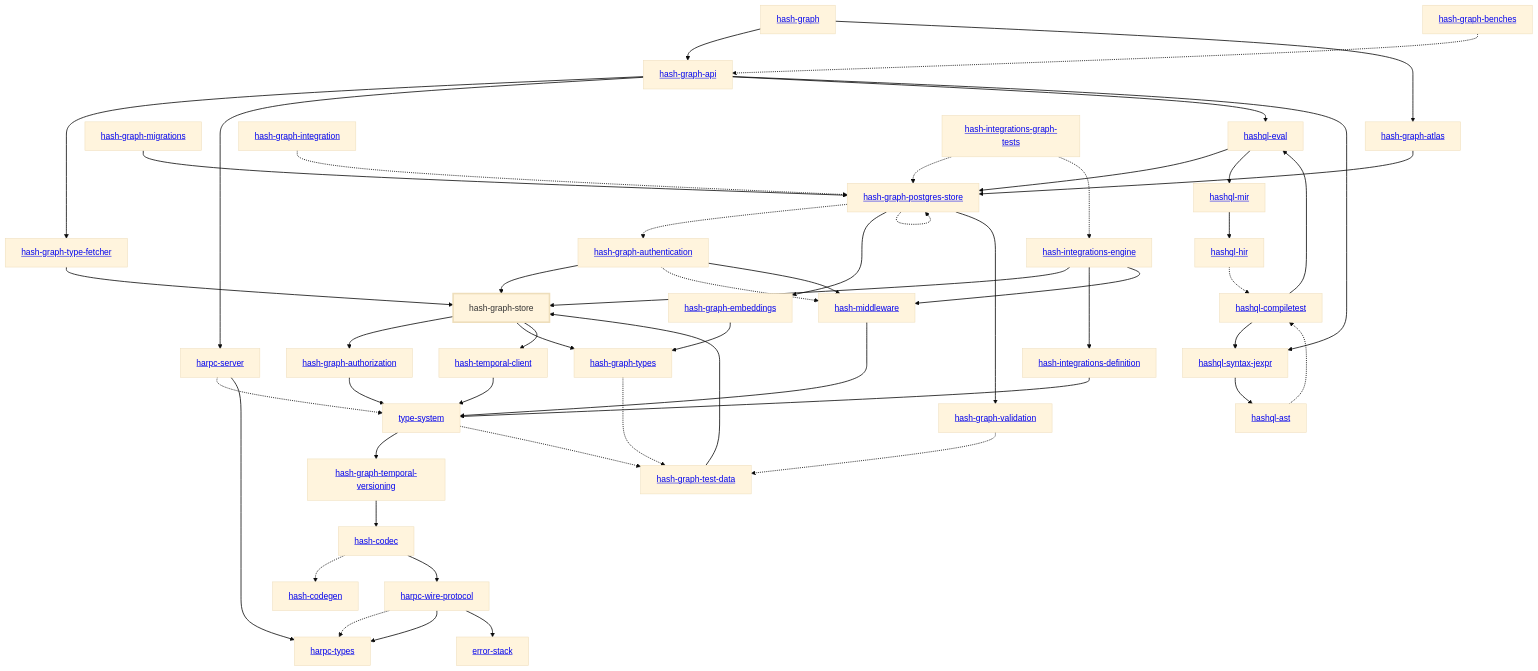
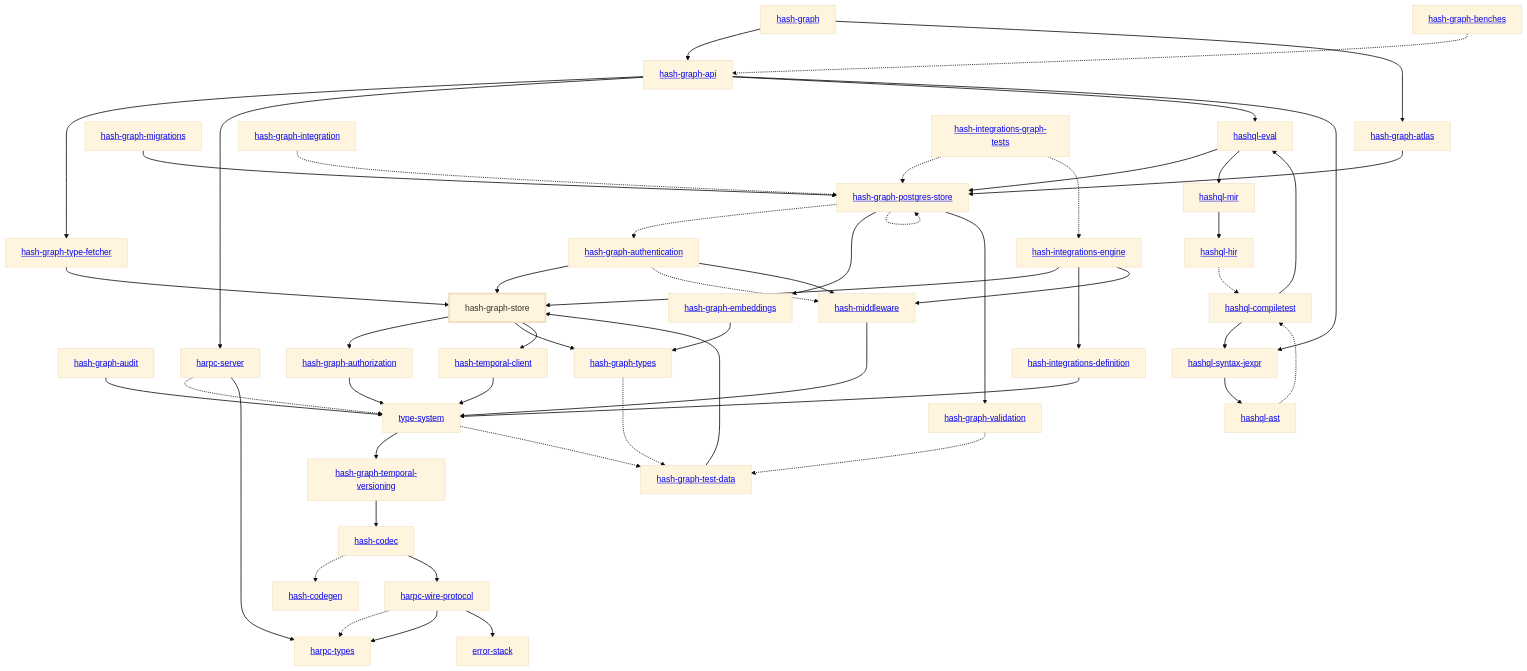
One commit to hashintel/hash changed the diagram in libs/@local/graph/store/rust/docs/dependency-diagram.mmd. Above: the diagram before and after it, drawn with Mermaid (base theme). The commit also changed 26 other files, not shown here.

Commit message:
BE-1212: Define the audit event type (#10644)

```diff
--- a/libs/@local/graph/store/rust/docs/dependency-diagram.mmd
+++ b/libs/@local/graph/store/rust/docs/dependency-diagram.mmd
@@ -1,97 +1,99 @@
 graph TD
     linkStyle default stroke-width:1.5px
     classDef default stroke-width:1px
     classDef root stroke-width:3px
     classDef dev stroke-width:1px
     classDef build stroke-width:1px
     %% Legend
     %% --> : Normal dependency
     %% -.-> : Dev dependency
     %% ---> : Build dependency
     0[<a href="../hash_graph/index.html">hash-graph</a>]
     1[<a href="../type_system/index.html">type-system</a>]
     2[<a href="../hash_codec/index.html">hash-codec</a>]
     3[<a href="../hash_codegen/index.html">hash-codegen</a>]
     4[<a href="../hash_graph_api/index.html">hash-graph-api</a>]
     5[<a href="../hash_graph_atlas/index.html">hash-graph-atlas</a>]
-    6[<a href="../hash_graph_authentication/index.html">hash-graph-authentication</a>]
-    7[<a href="../hash_graph_authorization/index.html">hash-graph-authorization</a>]
-    8[<a href="../hash_graph_embeddings/index.html">hash-graph-embeddings</a>]
-    9[<a href="../hash_graph_migrations/index.html">hash-graph-migrations</a>]
-    10[<a href="../hash_graph_postgres_store/index.html">hash-graph-postgres-store</a>]
-    11[hash-graph-store]
-    class 11 root
-    12[<a href="../hash_graph_temporal_versioning/index.html">hash-graph-temporal-versioning</a>]
-    13[<a href="../hash_graph_type_fetcher/index.html">hash-graph-type-fetcher</a>]
-    14[<a href="../hash_graph_types/index.html">hash-graph-types</a>]
-    15[<a href="../hash_graph_validation/index.html">hash-graph-validation</a>]
-    16[<a href="../harpc_server/index.html">harpc-server</a>]
-    17[<a href="../harpc_types/index.html">harpc-types</a>]
-    18[<a href="../harpc_wire_protocol/index.html">harpc-wire-protocol</a>]
-    19[<a href="../hashql_ast/index.html">hashql-ast</a>]
-    20[<a href="../hashql_compiletest/index.html">hashql-compiletest</a>]
-    21[<a href="../hashql_eval/index.html">hashql-eval</a>]
-    22[<a href="../hashql_hir/index.html">hashql-hir</a>]
-    23[<a href="../hashql_mir/index.html">hashql-mir</a>]
-    24[<a href="../hashql_syntax_jexpr/index.html">hashql-syntax-jexpr</a>]
-    25[<a href="../hash_integrations_definition/index.html">hash-integrations-definition</a>]
-    26[<a href="../hash_integrations_engine/index.html">hash-integrations-engine</a>]
-    27[<a href="../hash_middleware/index.html">hash-middleware</a>]
-    28[<a href="../hash_temporal_client/index.html">hash-temporal-client</a>]
-    29[<a href="../error_stack/index.html">error-stack</a>]
-    30[<a href="../hash_graph_benches/index.html">hash-graph-benches</a>]
-    31[<a href="../hash_graph_integration/index.html">hash-graph-integration</a>]
-    32[<a href="../hash_graph_test_data/index.html">hash-graph-test-data</a>]
-    33[<a href="../hash_integrations_graph_tests/index.html">hash-integrations-graph-tests</a>]
+    6[<a href="../hash_graph_audit/index.html">hash-graph-audit</a>]
+    7[<a href="../hash_graph_authentication/index.html">hash-graph-authentication</a>]
+    8[<a href="../hash_graph_authorization/index.html">hash-graph-authorization</a>]
+    9[<a href="../hash_graph_embeddings/index.html">hash-graph-embeddings</a>]
+    10[<a href="../hash_graph_migrations/index.html">hash-graph-migrations</a>]
+    11[<a href="../hash_graph_postgres_store/index.html">hash-graph-postgres-store</a>]
+    12[hash-graph-store]
+    class 12 root
+    13[<a href="../hash_graph_temporal_versioning/index.html">hash-graph-temporal-versioning</a>]
+    14[<a href="../hash_graph_type_fetcher/index.html">hash-graph-type-fetcher</a>]
+    15[<a href="../hash_graph_types/index.html">hash-graph-types</a>]
+    16[<a href="../hash_graph_validation/index.html">hash-graph-validation</a>]
+    17[<a href="../harpc_server/index.html">harpc-server</a>]
+    18[<a href="../harpc_types/index.html">harpc-types</a>]
+    19[<a href="../harpc_wire_protocol/index.html">harpc-wire-protocol</a>]
+    20[<a href="../hashql_ast/index.html">hashql-ast</a>]
+    21[<a href="../hashql_compiletest/index.html">hashql-compiletest</a>]
+    22[<a href="../hashql_eval/index.html">hashql-eval</a>]
+    23[<a href="../hashql_hir/index.html">hashql-hir</a>]
+    24[<a href="../hashql_mir/index.html">hashql-mir</a>]
+    25[<a href="../hashql_syntax_jexpr/index.html">hashql-syntax-jexpr</a>]
+    26[<a href="../hash_integrations_definition/index.html">hash-integrations-definition</a>]
+    27[<a href="../hash_integrations_engine/index.html">hash-integrations-engine</a>]
+    28[<a href="../hash_middleware/index.html">hash-middleware</a>]
+    29[<a href="../hash_temporal_client/index.html">hash-temporal-client</a>]
+    30[<a href="../error_stack/index.html">error-stack</a>]
+    31[<a href="../hash_graph_benches/index.html">hash-graph-benches</a>]
+    32[<a href="../hash_graph_integration/index.html">hash-graph-integration</a>]
+    33[<a href="../hash_graph_test_data/index.html">hash-graph-test-data</a>]
+    34[<a href="../hash_integrations_graph_tests/index.html">hash-integrations-graph-tests</a>]
     0 --> 4
     0 --> 5
-    1 --> 12
-    1 -.-> 32
+    1 --> 13
+    1 -.-> 33
     2 -.-> 3
-    2 --> 18
-    4 --> 13
-    4 --> 16
-    4 --> 21
-    4 --> 24
-    5 --> 10
-    6 --> 11
-    6 -.-> 27
-    6 --> 27
-    7 --> 1
-    8 --> 14
-    9 --> 10
-    10 -.-> 6
-    10 --> 8
-    10 -.-> 10
-    10 --> 15
-    11 --> 7
-    11 --> 14
-    11 --> 28
-    12 --> 2
-    13 --> 11
-    14 -.-> 32
-    15 -.-> 32
-    16 -.-> 1
-    16 --> 17
-    18 -.-> 17
-    18 --> 17
-    18 --> 29
-    19 -.-> 20
-    20 --> 21
-    20 --> 24
-    21 --> 10
-    21 --> 23
-    22 -.-> 20
-    23 --> 22
-    24 --> 19
-    25 --> 1
-    26 --> 11
-    26 --> 25
-    26 --> 27
-    27 --> 1
+    2 --> 19
+    4 --> 14
+    4 --> 17
+    4 --> 22
+    4 --> 25
+    5 --> 11
+    6 --> 1
+    7 --> 12
+    7 -.-> 28
+    7 --> 28
+    8 --> 1
+    9 --> 15
+    10 --> 11
+    11 -.-> 7
+    11 --> 9
+    11 -.-> 11
+    11 --> 16
+    12 --> 8
+    12 --> 15
+    12 --> 29
+    13 --> 2
+    14 --> 12
+    15 -.-> 33
+    16 -.-> 33
+    17 -.-> 1
+    17 --> 18
+    19 -.-> 18
+    19 --> 18
+    19 --> 30
+    20 -.-> 21
+    21 --> 22
+    21 --> 25
+    22 --> 11
+    22 --> 24
+    23 -.-> 21
+    24 --> 23
+    25 --> 20
+    26 --> 1
+    27 --> 12
+    27 --> 26
+    27 --> 28
     28 --> 1
-    30 -.-> 4
-    31 -.-> 10
-    32 --> 11
-    33 -.-> 10
-    33 -.-> 26
+    29 --> 1
+    31 -.-> 4
+    32 -.-> 11
+    33 --> 12
+    34 -.-> 11
+    34 -.-> 27
```
